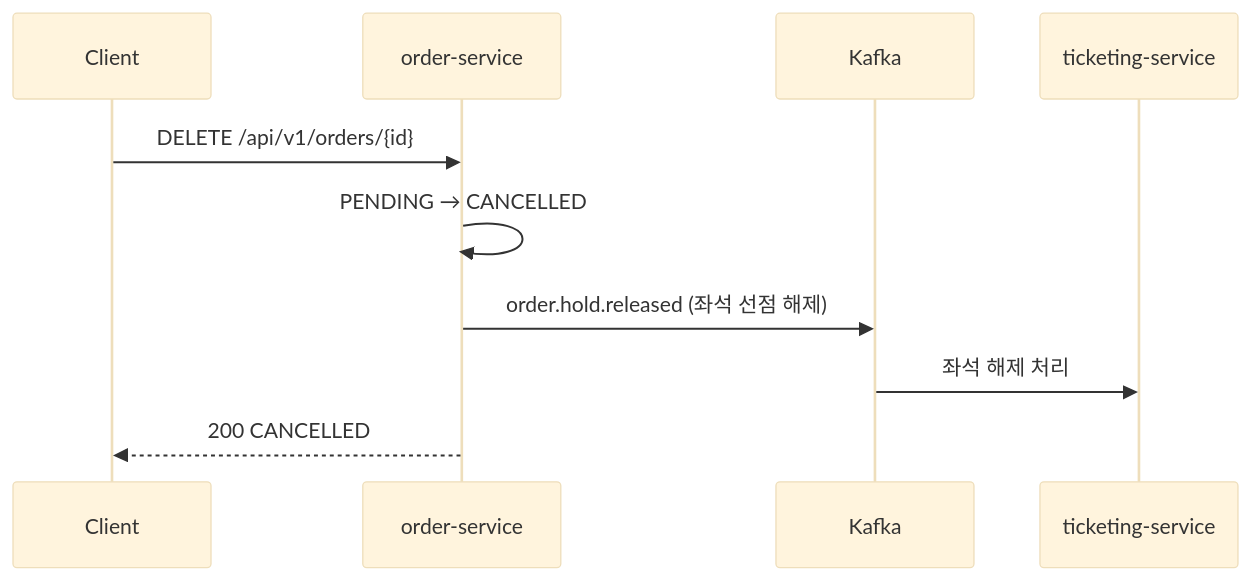
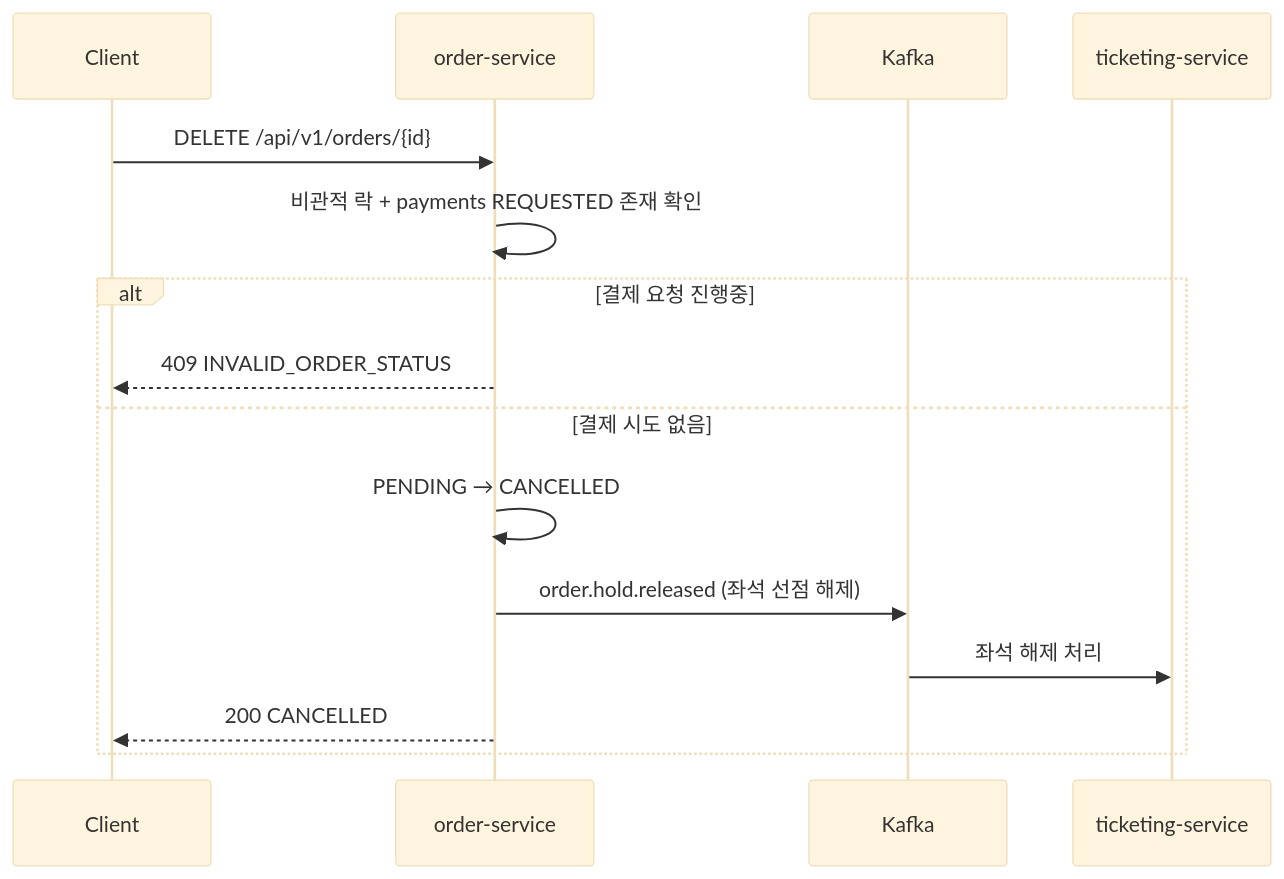
The second of 8 diagrams in docs/order-service/flows.md (6pm-sparta/6pm), drawn with Mermaid (base theme) before and after one commit. The commit also changed other lines of this file and 12 other files, not shown here.

````diff
--- a/docs/order-service/flows.md
+++ b/docs/order-service/flows.md
@@ -77,13 +81,18 @@
 ```mermaid
 sequenceDiagram
     participant C as Client
     participant O as order-service
     participant K as Kafka
     participant T as ticketing-service
 
     C->>O: DELETE /api/v1/orders/{id}
-    O->>O: PENDING → CANCELLED
-    O->>K: order.hold.released (좌석 선점 해제)
-    K->>T: 좌석 해제 처리
-    O-->>C: 200 CANCELLED
+    O->>O: 비관적 락 + payments REQUESTED 존재 확인
+    alt 결제 요청 진행중
+        O-->>C: 409 INVALID_ORDER_STATUS
+    else 결제 시도 없음
+        O->>O: PENDING → CANCELLED
+        O->>K: order.hold.released (좌석 선점 해제)
+        K->>T: 좌석 해제 처리
+        O-->>C: 200 CANCELLED
+    end
 ```
````
